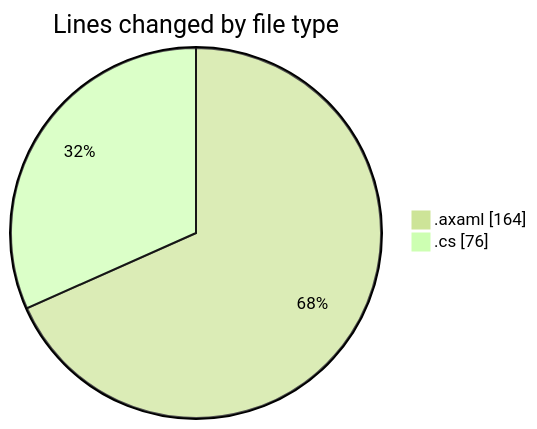
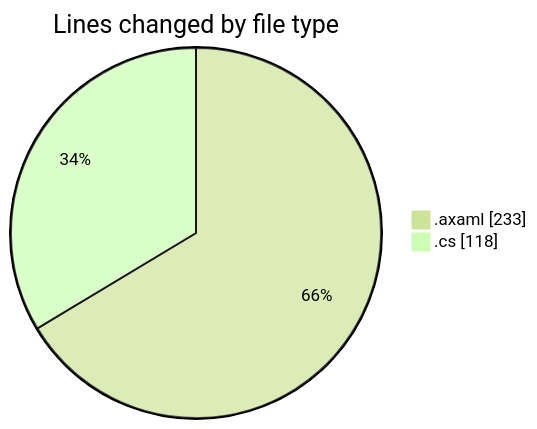
Before and after one commit to Netris89/code-tracking: the first of 2 diagrams in 2025-10-24/skintrack/README.md, drawn with Mermaid (forest theme). The commit also changed other lines of this file and 1 other file, not shown here.

````diff
--- a/2025-10-24/skintrack/README.md
+++ b/2025-10-24/skintrack/README.md
@@ -23,6 +23,6 @@
 ```mermaid
 pie showData
 title Lines changed by file type
-".axaml" : 164
-".cs" : 76
+".axaml" : 233
+".cs" : 118
 ```
````
